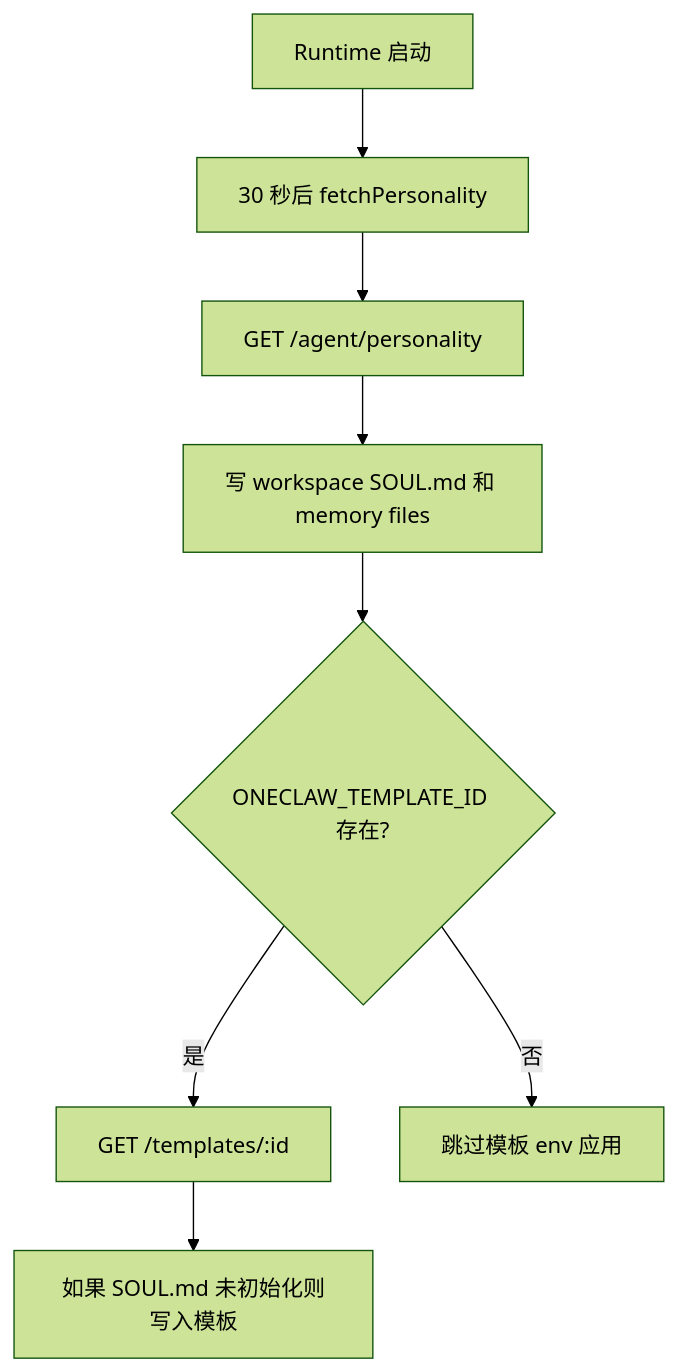
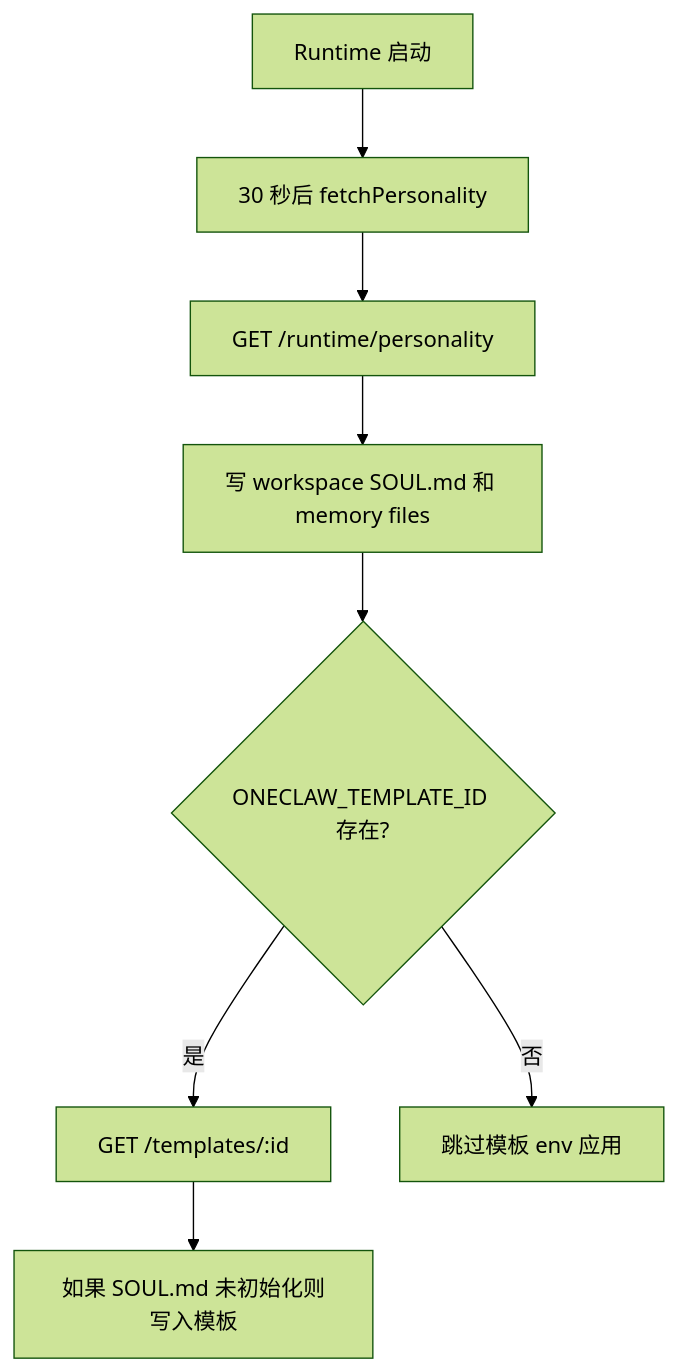
The fifth of 8 diagrams in docs/business-logic.md (runtopia/openclaw-template), drawn with Mermaid (forest theme) before and after one commit. The commit also changed other lines of this file and 4 other files, not shown here.

````diff
--- a/docs/business-logic.md
+++ b/docs/business-logic.md
@@ -490,10 +490,10 @@
 ```mermaid
 flowchart TD
     A["Runtime 启动"] --> B["30 秒后 fetchPersonality"]
-    B --> C["GET /agent/personality"]
+    B --> C["GET /runtime/personality"]
     C --> D["写 workspace SOUL.md 和 memory files"]
     D --> E{"ONECLAW_TEMPLATE_ID 存在?"}
     E -- "是" --> F["GET /templates/:id"]
     F --> G["如果 SOUL.md 未初始化则写入模板"]
     E -- "否" --> H["跳过模板 env 应用"]
 ```
````
